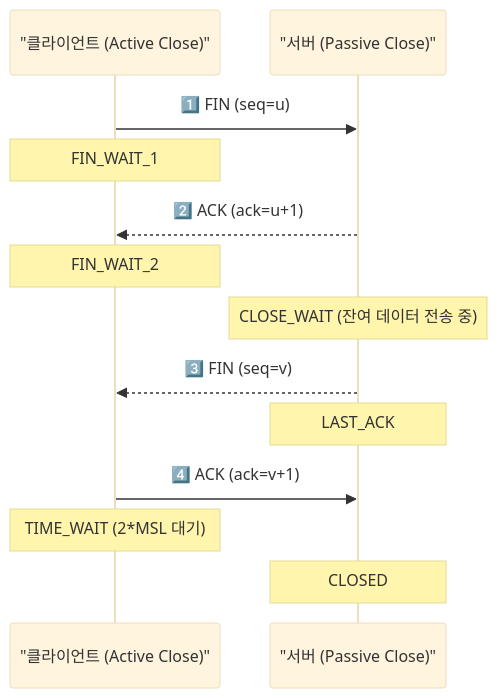
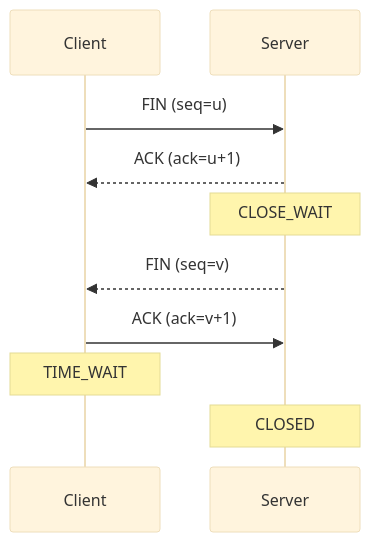
Before and after one commit to yjkim2015/yjkim2015.github.io: the second of 6 diagrams in _posts/network/2026-05-03-tcp-udp-deep.md, drawn with Mermaid (base theme). The commit also changed 155 other files, not shown here.

First line of the commit message:
Mermaid 전면 수정: subgraph 제거, participant/노드/줄수 축소 (342블록)

````diff
--- a/_posts/network/2026-05-03-tcp-udp-deep.md
+++ b/_posts/network/2026-05-03-tcp-udp-deep.md
@@ -98,15 +98,12 @@
 ```mermaid
 sequenceDiagram
-    participant C as "클라이언트 (Active Close)"
-    participant S as "서버 (Passive Close)"
-    C->>S: 1️⃣ FIN (seq=u)
-    Note over C: FIN_WAIT_1
-    S-->>C: 2️⃣ ACK (ack=u+1)
-    Note over C: FIN_WAIT_2
-    Note over S: CLOSE_WAIT (잔여 데이터 전송 중)
-    S-->>C: 3️⃣ FIN (seq=v)
-    Note over S: LAST_ACK
-    C->>S: 4️⃣ ACK (ack=v+1)
-    Note over C: TIME_WAIT (2*MSL 대기)
+    participant C as Client
+    participant S as Server
+    C->>S: FIN (seq=u)
+    S-->>C: ACK (ack=u+1)
+    Note over S: CLOSE_WAIT
+    S-->>C: FIN (seq=v)
+    C->>S: ACK (ack=v+1)
+    Note over C: TIME_WAIT
     Note over S: CLOSED
 ```
````
